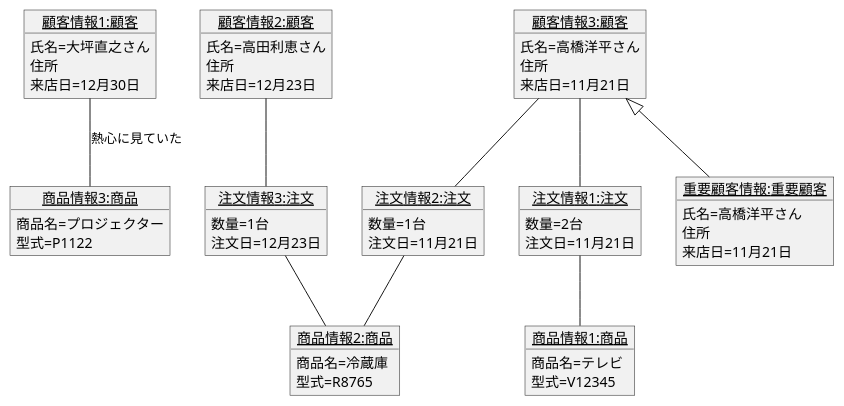
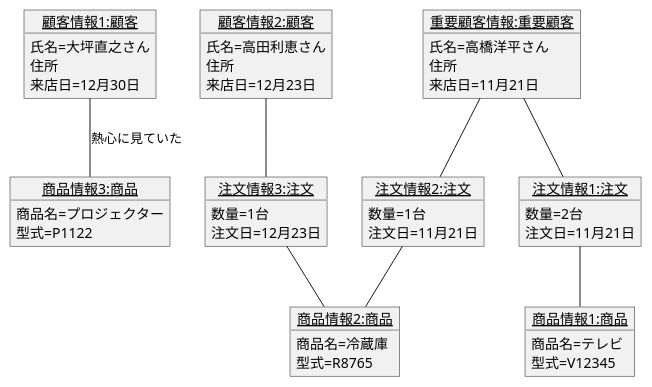
One commit to kenkensan/uml-introduction changed the diagram in 演習3-7_OBJ_注文のオブジェクト図.pu. Above: the diagram before and after it, drawn with PlantUML.

Commit message:
守勢

```diff
--- a/演習3-7_OBJ_注文のオブジェクト図.pu
+++ b/演習3-7_OBJ_注文のオブジェクト図.pu
@@ -1,54 +1,48 @@
 @startuml 3-7
 object "<u>顧客情報1:顧客</u>" as c1{
     氏名=大坪直之さん
     住所
     来店日=12月30日
 }
 object "<u>顧客情報2:顧客</u>" as c2{
     氏名=高田利恵さん
     住所
     来店日=12月23日
-}
-object "<u>顧客情報3:顧客</u>" as c3{
-    氏名=高橋洋平さん
-    住所
-    来店日=11月21日
 }
 object "<u>重要顧客情報:重要顧客</u>" as i1{
     氏名=高橋洋平さん
     住所
     来店日=11月21日
 }
 object "<u>注文情報1:注文</u>" as a1{
     数量=2台
     注文日=11月21日
 }
 object "<u>注文情報2:注文</u>" as a2{
     数量=1台
     注文日=11月21日
 }
 object "<u>注文情報3:注文</u>" as a3{
     数量=1台
     注文日=12月23日
 }
 object "<u>商品情報1:商品</u>" as b1{
     商品名=テレビ
     型式=V12345
 }
 object "<u>商品情報2:商品</u>" as b2{
     商品名=冷蔵庫
     型式=R8765
 }
 object "<u>商品情報3:商品</u>" as b3{
     商品名=プロジェクター
     型式=P1122
 }
-c3 -- a1
+i1 -- a1
 a1 -- b1
 a3 -- b2
 a2 -- b2
-c3 -- a2
+i1 -- a2
 c2 -- a3
 c1 -- b3 :熱心に見ていた
-c3 <|-- i1
 @enduml
```
